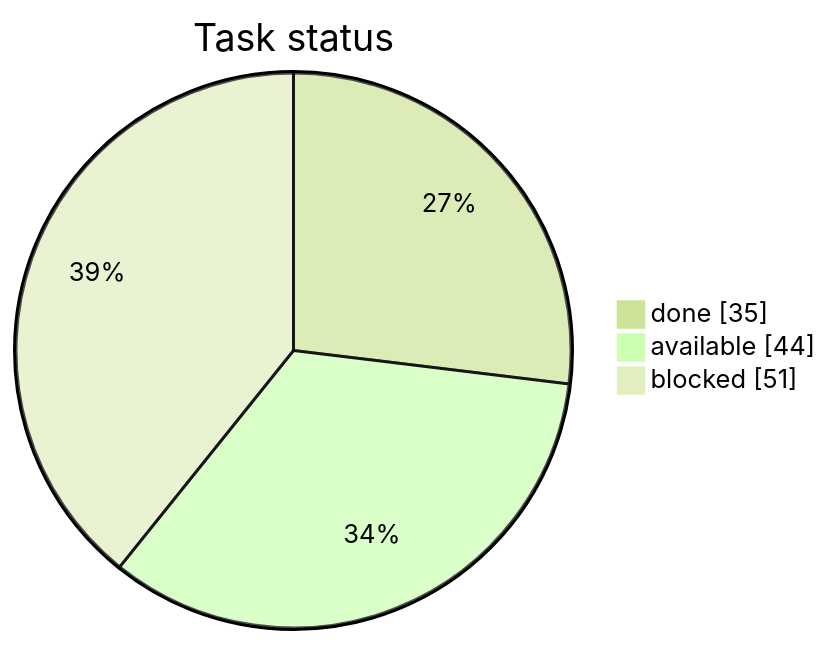
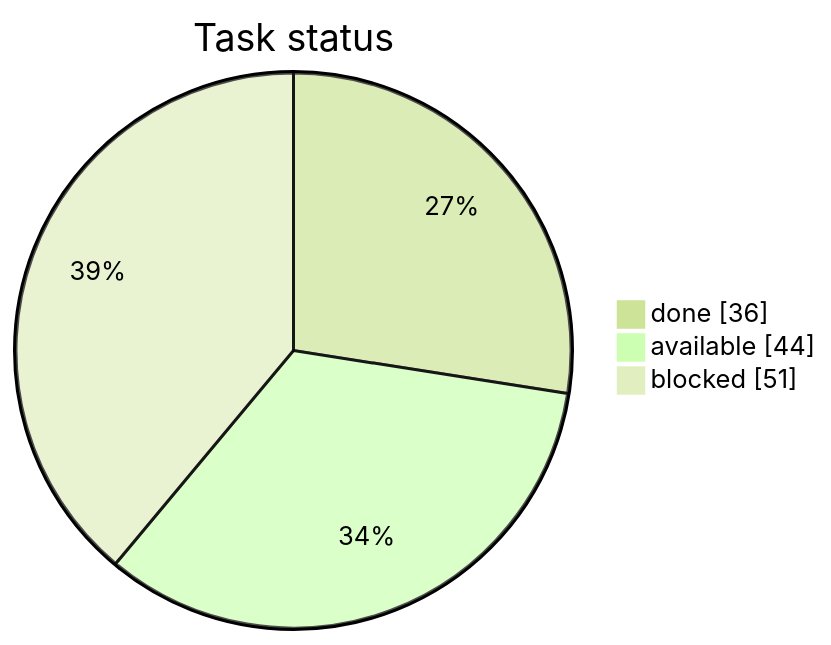
One commit to artemiiShabanov/RallyRivals changed the first of 3 diagrams in STATUS.md. Above: the diagram before and after it, drawn with Mermaid (forest theme). The commit also changed other lines of this file and 19 other files, not shown here.

````diff
--- a/STATUS.md
+++ b/STATUS.md
@@ -7,7 +7,7 @@
 ```mermaid
 pie showData
     title Task status
-    "done" : 35
+    "done" : 36
     "available" : 44
     "blocked" : 51
 ```
````
